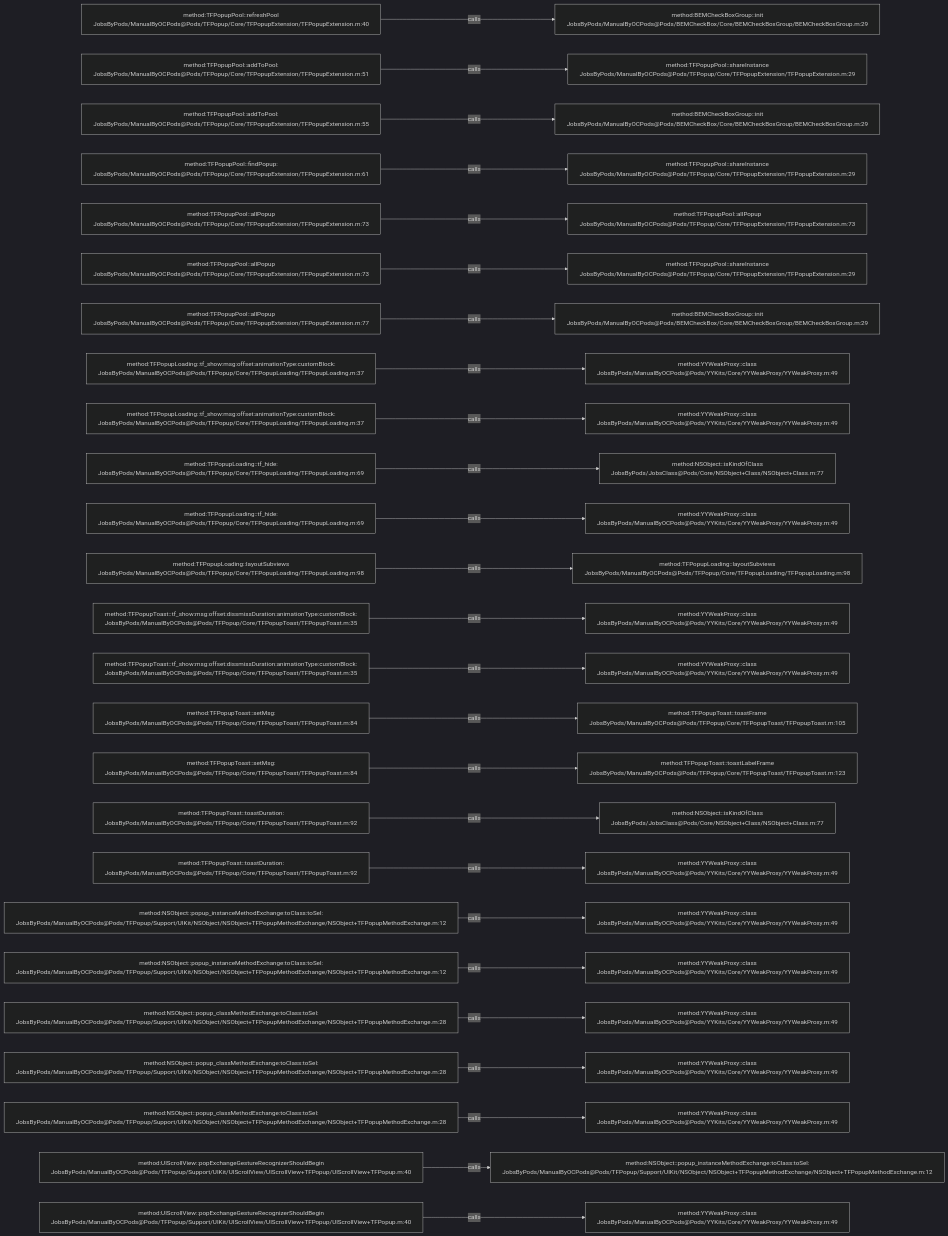
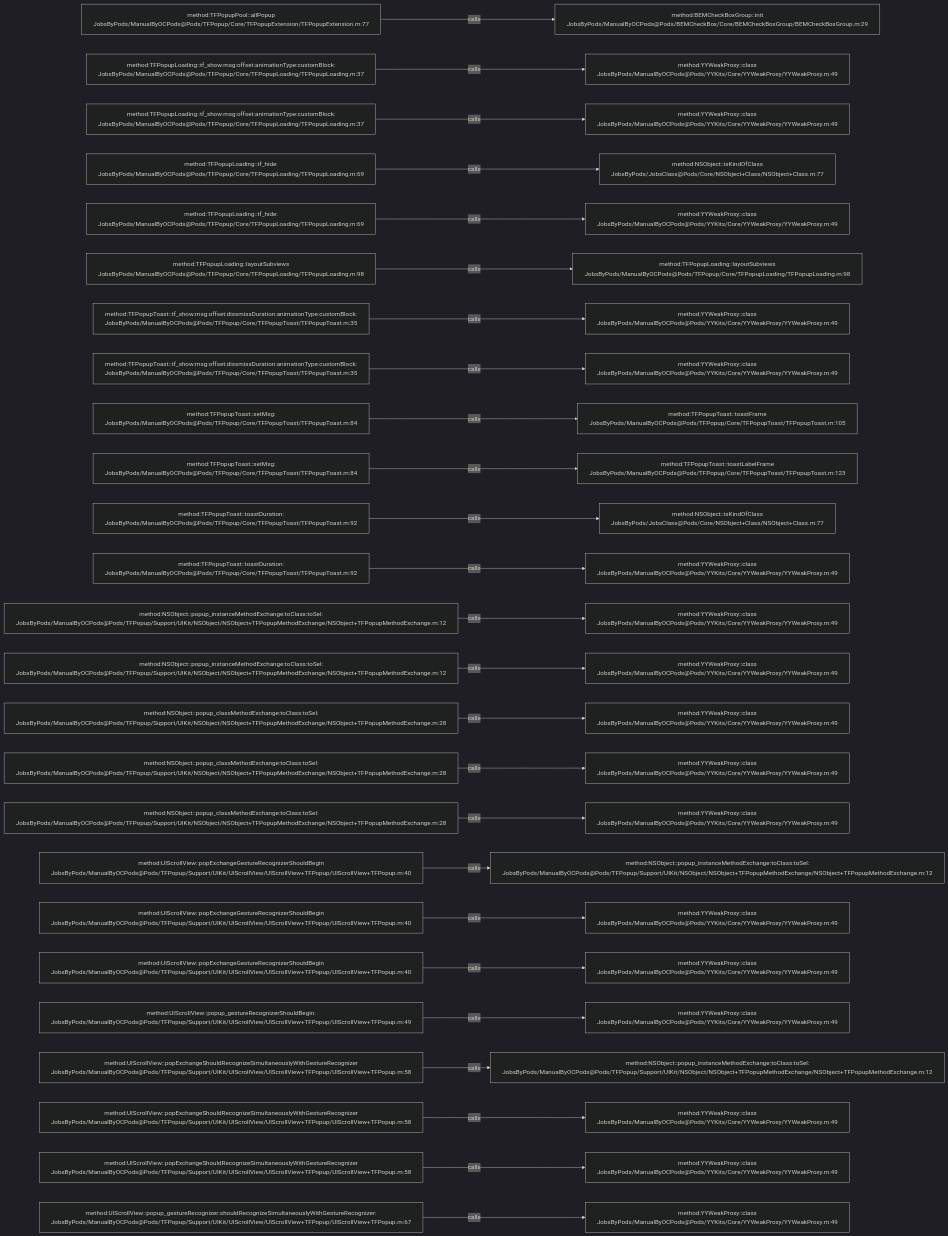
Before and after one commit to JobsKits/JobsOCBaseConfigDemo: the diagram in .codegraph/codegraph.md/graphs/calls-061.md, drawn with Mermaid (dark theme). The commit also changed 666 other files, not shown here.

````diff
--- a/.codegraph/codegraph.md/graphs/calls-061.md
+++ b/.codegraph/codegraph.md/graphs/calls-061.md
@@ -13,78 +13,78 @@
 ```mermaid
 flowchart LR
-  S1["method:TFPopupPool::refreshPool<br/>JobsByPods/ManualByOCPods@Pods/TFPopup/Core/TFPopupExtension/TFPopupExtension.m:40"]
+  S1["method:TFPopupPool::allPopup<br/>JobsByPods/ManualByOCPods@Pods/TFPopup/Core/TFPopupExtension/TFPopupExtension.m:77"]
   T1["method:BEMCheckBoxGroup::init<br/>JobsByPods/ManualByOCPods@Pods/BEMCheckBox/Core/BEMCheckBoxGroup/BEMCheckBoxGroup.m:29"]
   S1 -->|calls| T1
-  S2["method:TFPopupPool::addToPool:<br/>JobsByPods/ManualByOCPods@Pods/TFPopup/Core/TFPopupExtension/TFPopupExtension.m:51"]
-  T2["method:TFPopupPool::shareInstance<br/>JobsByPods/ManualByOCPods@Pods/TFPopup/Core/TFPopupExtension/TFPopupExtension.m:29"]
+  S2["method:TFPopupLoading::tf_show:msg:offset:animationType:customBlock:<br/>JobsByPods/ManualByOCPods@Pods/TFPopup/Core/TFPopupLoading/TFPopupLoading.m:37"]
+  T2["method:YYWeakProxy::class<br/>JobsByPods/ManualByOCPods@Pods/YYKits/Core/YYWeakProxy/YYWeakProxy.m:49"]
   S2 -->|calls| T2
-  S3["method:TFPopupPool::addToPool:<br/>JobsByPods/ManualByOCPods@Pods/TFPopup/Core/TFPopupExtension/TFPopupExtension.m:55"]
-  T3["method:BEMCheckBoxGroup::init<br/>JobsByPods/ManualByOCPods@Pods/BEMCheckBox/Core/BEMCheckBoxGroup/BEMCheckBoxGroup.m:29"]
+  S3["method:TFPopupLoading::tf_show:msg:offset:animationType:customBlock:<br/>JobsByPods/ManualByOCPods@Pods/TFPopup/Core/TFPopupLoading/TFPopupLoading.m:37"]
+  T3["method:YYWeakProxy::class<br/>JobsByPods/ManualByOCPods@Pods/YYKits/Core/YYWeakProxy/YYWeakProxy.m:49"]
   S3 -->|calls| T3
-  S4["method:TFPopupPool::findPopup:<br/>JobsByPods/ManualByOCPods@Pods/TFPopup/Core/TFPopupExtension/TFPopupExtension.m:61"]
-  T4["method:TFPopupPool::shareInstance<br/>JobsByPods/ManualByOCPods@Pods/TFPopup/Core/TFPopupExtension/TFPopupExtension.m:29"]
+  S4["method:TFPopupLoading::tf_hide:<br/>JobsByPods/ManualByOCPods@Pods/TFPopup/Core/TFPopupLoading/TFPopupLoading.m:69"]
+  T4["method:NSObject::isKindOfClass<br/>JobsByPods/JobsClass@Pods/Core/NSObject+Class/NSObject+Class.m:77"]
   S4 -->|calls| T4
-  S5["method:TFPopupPool::allPopup<br/>JobsByPods/ManualByOCPods@Pods/TFPopup/Core/TFPopupExtension/TFPopupExtension.m:73"]
-  T5["method:TFPopupPool::allPopup<br/>JobsByPods/ManualByOCPods@Pods/TFPopup/Core/TFPopupExtension/TFPopupExtension.m:73"]
+  S5["method:TFPopupLoading::tf_hide:<br/>JobsByPods/ManualByOCPods@Pods/TFPopup/Core/TFPopupLoading/TFPopupLoading.m:69"]
+  T5["method:YYWeakProxy::class<br/>JobsByPods/ManualByOCPods@Pods/YYKits/Core/YYWeakProxy/YYWeakProxy.m:49"]
   S5 -->|calls| T5
-  S6["method:TFPopupPool::allPopup<br/>JobsByPods/ManualByOCPods@Pods/TFPopup/Core/TFPopupExtension/TFPopupExtension.m:73"]
-  T6["method:TFPopupPool::shareInstance<br/>JobsByPods/ManualByOCPods@Pods/TFPopup/Core/TFPopupExtension/TFPopupExtension.m:29"]
+  S6["method:TFPopupLoading::layoutSubviews<br/>JobsByPods/ManualByOCPods@Pods/TFPopup/Core/TFPopupLoading/TFPopupLoading.m:98"]
+  T6["method:TFPopupLoading::layoutSubviews<br/>JobsByPods/ManualByOCPods@Pods/TFPopup/Core/TFPopupLoading/TFPopupLoading.m:98"]
   S6 -->|calls| T6
-  S7["method:TFPopupPool::allPopup<br/>JobsByPods/ManualByOCPods@Pods/TFPopup/Core/TFPopupExtension/TFPopupExtension.m:77"]
-  T7["method:BEMCheckBoxGroup::init<br/>JobsByPods/ManualByOCPods@Pods/BEMCheckBox/Core/BEMCheckBoxGroup/BEMCheckBoxGroup.m:29"]
+  S7["method:TFPopupToast::tf_show:msg:offset:dissmissDuration:animationType:customBlock:<br/>JobsByPods/ManualByOCPods@Pods/TFPopup/Core/TFPopupToast/TFPopupToast.m:35"]
+  T7["method:YYWeakProxy::class<br/>JobsByPods/ManualByOCPods@Pods/YYKits/Core/YYWeakProxy/YYWeakProxy.m:49"]
   S7 -->|calls| T7
-  S8["method:TFPopupLoading::tf_show:msg:offset:animationType:customBlock:<br/>JobsByPods/ManualByOCPods@Pods/TFPopup/Core/TFPopupLoading/TFPopupLoading.m:37"]
+  S8["method:TFPopupToast::tf_show:msg:offset:dissmissDuration:animationType:customBlock:<br/>JobsByPods/ManualByOCPods@Pods/TFPopup/Core/TFPopupToast/TFPopupToast.m:35"]
   T8["method:YYWeakProxy::class<br/>JobsByPods/ManualByOCPods@Pods/YYKits/Core/YYWeakProxy/YYWeakProxy.m:49"]
   S8 -->|calls| T8
-  S9["method:TFPopupLoading::tf_show:msg:offset:animationType:customBlock:<br/>JobsByPods/ManualByOCPods@Pods/TFPopup/Core/TFPopupLoading/TFPopupLoading.m:37"]
-  T9["method:YYWeakProxy::class<br/>JobsByPods/ManualByOCPods@Pods/YYKits/Core/YYWeakProxy/YYWeakProxy.m:49"]
+  S9["method:TFPopupToast::setMsg:<br/>JobsByPods/ManualByOCPods@Pods/TFPopup/Core/TFPopupToast/TFPopupToast.m:84"]
+  T9["method:TFPopupToast::toastFrame<br/>JobsByPods/ManualByOCPods@Pods/TFPopup/Core/TFPopupToast/TFPopupToast.m:105"]
   S9 -->|calls| T9
-  S10["method:TFPopupLoading::tf_hide:<br/>JobsByPods/ManualByOCPods@Pods/TFPopup/Core/TFPopupLoading/TFPopupLoading.m:69"]
-  T10["method:NSObject::isKindOfClass<br/>JobsByPods/JobsClass@Pods/Core/NSObject+Class/NSObject+Class.m:77"]
+  S10["method:TFPopupToast::setMsg:<br/>JobsByPods/ManualByOCPods@Pods/TFPopup/Core/TFPopupToast/TFPopupToast.m:84"]
+  T10["method:TFPopupToast::toastLabelFrame<br/>JobsByPods/ManualByOCPods@Pods/TFPopup/Core/TFPopupToast/TFPopupToast.m:123"]
   S10 -->|calls| T10
-  S11["method:TFPopupLoading::tf_hide:<br/>JobsByPods/ManualByOCPods@Pods/TFPopup/Core/TFPopupLoading/TFPopupLoading.m:69"]
-  T11["method:YYWeakProxy::class<br/>JobsByPods/ManualByOCPods@Pods/YYKits/Core/YYWeakProxy/YYWeakProxy.m:49"]
+  S11["method:TFPopupToast::toastDuration:<br/>JobsByPods/ManualByOCPods@Pods/TFPopup/Core/TFPopupToast/TFPopupToast.m:92"]
+  T11["method:NSObject::isKindOfClass<br/>JobsByPods/JobsClass@Pods/Core/NSObject+Class/NSObject+Class.m:77"]
   S11 -->|calls| T11
-  S12["method:TFPopupLoading::layoutSubviews<br/>JobsByPods/ManualByOCPods@Pods/TFPopup/Core/TFPopupLoading/TFPopupLoading.m:98"]
-  T12["method:TFPopupLoading::layoutSubviews<br/>JobsByPods/ManualByOCPods@Pods/TFPopup/Core/TFPopupLoading/TFPopupLoading.m:98"]
+  S12["method:TFPopupToast::toastDuration:<br/>JobsByPods/ManualByOCPods@Pods/TFPopup/Core/TFPopupToast/TFPopupToast.m:92"]
+  T12["method:YYWeakProxy::class<br/>JobsByPods/ManualByOCPods@Pods/YYKits/Core/YYWeakProxy/YYWeakProxy.m:49"]
   S12 -->|calls| T12
-  S13["method:TFPopupToast::tf_show:msg:offset:dissmissDuration:animationType:customBlock:<br/>JobsByPods/ManualByOCPods@Pods/TFPopup/Core/TFPopupToast/TFPopupToast.m:35"]
+  S13["method:NSObject::popup_instanceMethodExchange:toClass:toSel:<br/>JobsByPods/ManualByOCPods@Pods/TFPopup/Support/UIKit/NSObject/NSObject+TFPopupMethodExchange/NSObject+TFPopupMethodExchange.m:12"]
   T13["method:YYWeakProxy::class<br/>JobsByPods/ManualByOCPods@Pods/YYKits/Core/YYWeakProxy/YYWeakProxy.m:49"]
   S13 -->|calls| T13
-  S14["method:TFPopupToast::tf_show:msg:offset:dissmissDuration:animationType:customBlock:<br/>JobsByPods/ManualByOCPods@Pods/TFPopup/Core/TFPopupToast/TFPopupToast.m:35"]
+  S14["method:NSObject::popup_instanceMethodExchange:toClass:toSel:<br/>JobsByPods/ManualByOCPods@Pods/TFPopup/Support/UIKit/NSObject/NSObject+TFPopupMethodExchange/NSObject+TFPopupMethodExchange.m:12"]
   T14["method:YYWeakProxy::class<br/>JobsByPods/ManualByOCPods@Pods/YYKits/Core/YYWeakProxy/YYWeakProxy.m:49"]
   S14 -->|calls| T14
-  S15["method:TFPopupToast::setMsg:<br/>JobsByPods/ManualByOCPods@Pods/TFPopup/Core/TFPopupToast/TFPopupToast.m:84"]
-  T15["method:TFPopupToast::toastFrame<br/>JobsByPods/ManualByOCPods@Pods/TFPopup/Core/TFPopupToast/TFPopupToast.m:105"]
+  S15["method:NSObject::popup_classMethodExchange:toClass:toSel:<br/>JobsByPods/ManualByOCPods@Pods/TFPopup/Support/UIKit/NSObject/NSObject+TFPopupMethodExchange/NSObject+TFPopupMethodExchange.m:28"]
+  T15["method:YYWeakProxy::class<br/>JobsByPods/ManualByOCPods@Pods/YYKits/Core/YYWeakProxy/YYWeakProxy.m:49"]
   S15 -->|calls| T15
-  S16["method:TFPopupToast::setMsg:<br/>JobsByPods/ManualByOCPods@Pods/TFPopup/Core/TFPopupToast/TFPopupToast.m:84"]
-  T16["method:TFPopupToast::toastLabelFrame<br/>JobsByPods/ManualByOCPods@Pods/TFPopup/Core/TFPopupToast/TFPopupToast.m:123"]
+  S16["method:NSObject::popup_classMethodExchange:toClass:toSel:<br/>JobsByPods/ManualByOCPods@Pods/TFPopup/Support/UIKit/NSObject/NSObject+TFPopupMethodExchange/NSObject+TFPopupMethodExchange.m:28"]
+  T16["method:YYWeakProxy::class<br/>JobsByPods/ManualByOCPods@Pods/YYKits/Core/YYWeakProxy/YYWeakProxy.m:49"]
   S16 -->|calls| T16
-  S17["method:TFPopupToast::toastDuration:<br/>JobsByPods/ManualByOCPods@Pods/TFPopup/Core/TFPopupToast/TFPopupToast.m:92"]
-  T17["method:NSObject::isKindOfClass<br/>JobsByPods/JobsClass@Pods/Core/NSObject+Class/NSObject+Class.m:77"]
+  S17["method:NSObject::popup_classMethodExchange:toClass:toSel:<br/>JobsByPods/ManualByOCPods@Pods/TFPopup/Support/UIKit/NSObject/NSObject+TFPopupMethodExchange/NSObject+TFPopupMethodExchange.m:28"]
+  T17["method:YYWeakProxy::class<br/>JobsByPods/ManualByOCPods@Pods/YYKits/Core/YYWeakProxy/YYWeakProxy.m:49"]
   S17 -->|calls| T17
-  S18["method:TFPopupToast::toastDuration:<br/>JobsByPods/ManualByOCPods@Pods/TFPopup/Core/TFPopupToast/TFPopupToast.m:92"]
-  T18["method:YYWeakProxy::class<br/>JobsByPods/ManualByOCPods@Pods/YYKits/Core/YYWeakProxy/YYWeakProxy.m:49"]
+  S18["method:UIScrollView::popExchangeGestureRecognizerShouldBegin<br/>JobsByPods/ManualByOCPods@Pods/TFPopup/Support/UIKit/UIScrollView/UIScrollView+TFPopup/UIScrollView+TFPopup.m:40"]
+  T18["method:NSObject::popup_instanceMethodExchange:toClass:toSel:<br/>JobsByPods/ManualByOCPods@Pods/TFPopup/Support/UIKit/NSObject/NSObject+TFPopupMethodExchange/NSObject+TFPopupMethodExchange.m:12"]
   S18 -->|calls| T18
-  S19["method:NSObject::popup_instanceMethodExchange:toClass:toSel:<br/>JobsByPods/ManualByOCPods@Pods/TFPopup/Support/UIKit/NSObject/NSObject+TFPopupMethodExchange/NSObject+TFPopupMethodExchange.m:12"]
+  S19["method:UIScrollView::popExchangeGestureRecognizerShouldBegin<br/>JobsByPods/ManualByOCPods@Pods/TFPopup/Support/UIKit/UIScrollView/UIScrollView+TFPopup/UIScrollView+TFPopup.m:40"]
   T19["method:YYWeakProxy::class<br/>JobsByPods/ManualByOCPods@Pods/YYKits/Core/YYWeakProxy/YYWeakProxy.m:49"]
   S19 -->|calls| T19
-  S20["method:NSObject::popup_instanceMethodExchange:toClass:toSel:<br/>JobsByPods/ManualByOCPods@Pods/TFPopup/Support/UIKit/NSObject/NSObject+TFPopupMethodExchange/NSObject+TFPopupMethodExchange.m:12"]
+  S20["method:UIScrollView::popExchangeGestureRecognizerShouldBegin<br/>JobsByPods/ManualByOCPods@Pods/TFPopup/Support/UIKit/UIScrollView/UIScrollView+TFPopup/UIScrollView+TFPopup.m:40"]
   T20["method:YYWeakProxy::class<br/>JobsByPods/ManualByOCPods@Pods/YYKits/Core/YYWeakProxy/YYWeakProxy.m:49"]
   S20 -->|calls| T20
-  S21["method:NSObject::popup_classMethodExchange:toClass:toSel:<br/>JobsByPods/ManualByOCPods@Pods/TFPopup/Support/UIKit/NSObject/NSObject+TFPopupMethodExchange/NSObject+TFPopupMethodExchange.m:28"]
+  S21["method:UIScrollView::popup_gestureRecognizerShouldBegin:<br/>JobsByPods/ManualByOCPods@Pods/TFPopup/Support/UIKit/UIScrollView/UIScrollView+TFPopup/UIScrollView+TFPopup.m:49"]
   T21["method:YYWeakProxy::class<br/>JobsByPods/ManualByOCPods@Pods/YYKits/Core/YYWeakProxy/YYWeakProxy.m:49"]
   S21 -->|calls| T21
-  S22["method:NSObject::popup_classMethodExchange:toClass:toSel:<br/>JobsByPods/ManualByOCPods@Pods/TFPopup/Support/UIKit/NSObject/NSObject+TFPopupMethodExchange/NSObject+TFPopupMethodExchange.m:28"]
-  T22["method:YYWeakProxy::class<br/>JobsByPods/ManualByOCPods@Pods/YYKits/Core/YYWeakProxy/YYWeakProxy.m:49"]
+  S22["method:UIScrollView::popExchangeShouldRecognizeSimultaneouslyWithGestureRecognizer<br/>JobsByPods/ManualByOCPods@Pods/TFPopup/Support/UIKit/UIScrollView/UIScrollView+TFPopup/UIScrollView+TFPopup.m:58"]
+  T22["method:NSObject::popup_instanceMethodExchange:toClass:toSel:<br/>JobsByPods/ManualByOCPods@Pods/TFPopup/Support/UIKit/NSObject/NSObject+TFPopupMethodExchange/NSObject+TFPopupMethodExchange.m:12"]
   S22 -->|calls| T22
-  S23["method:NSObject::popup_classMethodExchange:toClass:toSel:<br/>JobsByPods/ManualByOCPods@Pods/TFPopup/Support/UIKit/NSObject/NSObject+TFPopupMethodExchange/NSObject+TFPopupMethodExchange.m:28"]
+  S23["method:UIScrollView::popExchangeShouldRecognizeSimultaneouslyWithGestureRecognizer<br/>JobsByPods/ManualByOCPods@Pods/TFPopup/Support/UIKit/UIScrollView/UIScrollView+TFPopup/UIScrollView+TFPopup.m:58"]
   T23["method:YYWeakProxy::class<br/>JobsByPods/ManualByOCPods@Pods/YYKits/Core/YYWeakProxy/YYWeakProxy.m:49"]
   S23 -->|calls| T23
-  S24["method:UIScrollView::popExchangeGestureRecognizerShouldBegin<br/>JobsByPods/ManualByOCPods@Pods/TFPopup/Support/UIKit/UIScrollView/UIScrollView+TFPopup/UIScrollView+TFPopup.m:40"]
-  T24["method:NSObject::popup_instanceMethodExchange:toClass:toSel:<br/>JobsByPods/ManualByOCPods@Pods/TFPopup/Support/UIKit/NSObject/NSObject+TFPopupMethodExchange/NSObject+TFPopupMethodExchange.m:12"]
+  S24["method:UIScrollView::popExchangeShouldRecognizeSimultaneouslyWithGestureRecognizer<br/>JobsByPods/ManualByOCPods@Pods/TFPopup/Support/UIKit/UIScrollView/UIScrollView+TFPopup/UIScrollView+TFPopup.m:58"]
+  T24["method:YYWeakProxy::class<br/>JobsByPods/ManualByOCPods@Pods/YYKits/Core/YYWeakProxy/YYWeakProxy.m:49"]
   S24 -->|calls| T24
-  S25["method:UIScrollView::popExchangeGestureRecognizerShouldBegin<br/>JobsByPods/ManualByOCPods@Pods/TFPopup/Support/UIKit/UIScrollView/UIScrollView+TFPopup/UIScrollView+TFPopup.m:40"]
+  S25["method:UIScrollView::popup_gestureRecognizer:shouldRecognizeSimultaneouslyWithGestureRecognizer:<br/>JobsByPods/ManualByOCPods@Pods/TFPopup/Support/UIKit/UIScrollView/UIScrollView+TFPopup/UIScrollView+TFPopup.m:67"]
   T25["method:YYWeakProxy::class<br/>JobsByPods/ManualByOCPods@Pods/YYKits/Core/YYWeakProxy/YYWeakProxy.m:49"]
   S25 -->|calls| T25
 ```
````
